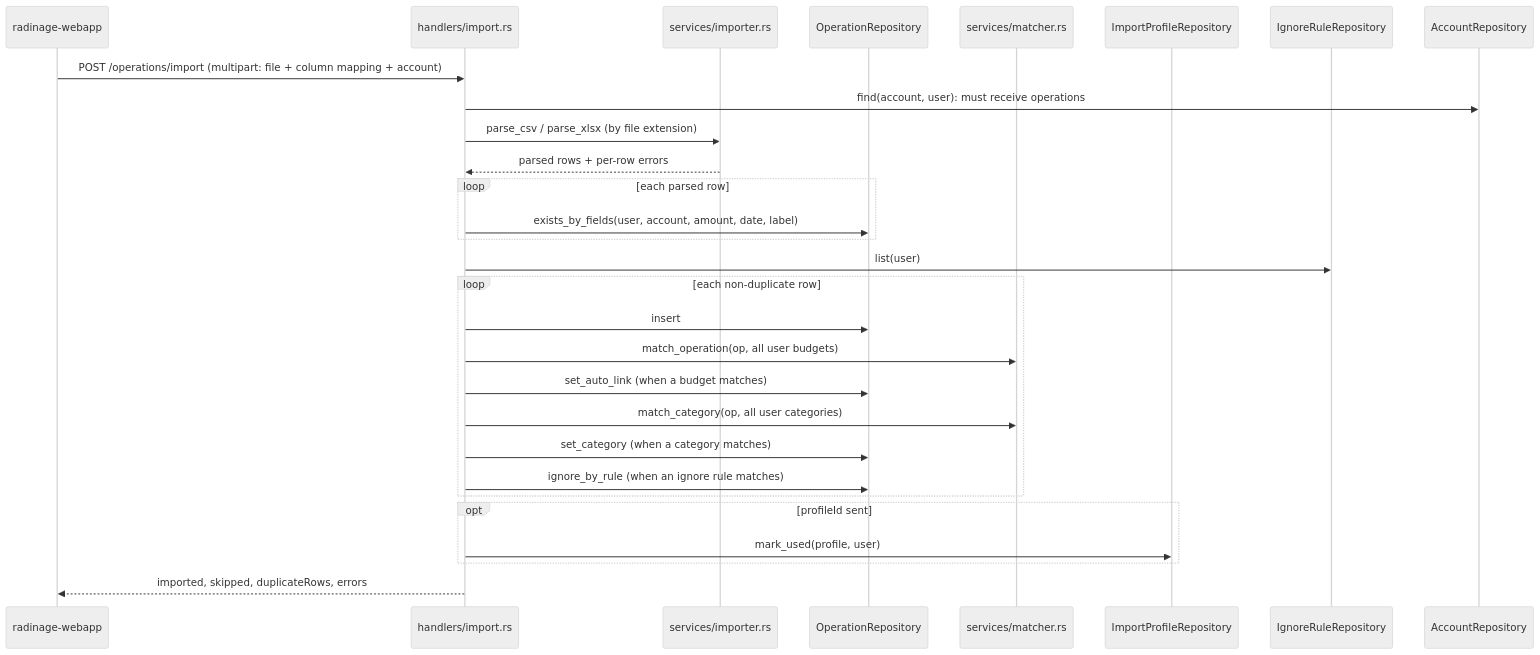
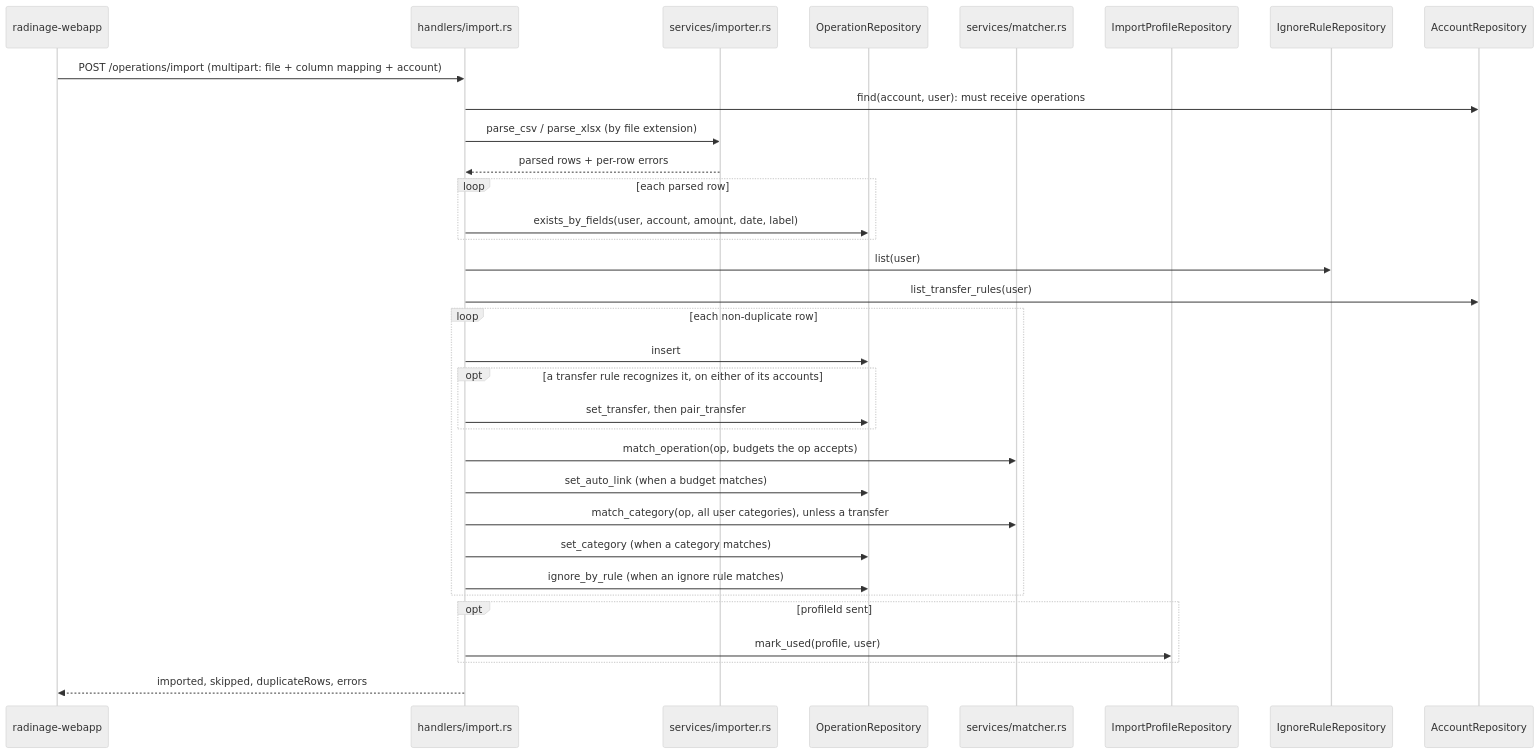
One commit to leroyguillaume/radinage changed the second of 2 diagrams in ARCHITECTURE.md. Above: the diagram before and after it, drawn with Mermaid (neutral theme). The commit also changed other lines of this file and 63 other files, not shown here.

First line of the commit message:
operations: transfers between accounts, with rules (#97)

````diff
--- a/ARCHITECTURE.md
+++ b/ARCHITECTURE.md
@@ -107,31 +109,35 @@
 ```mermaid
 sequenceDiagram
     participant SPA as radinage-webapp
     participant H as handlers/import.rs
     participant I as services/importer.rs
     participant R as OperationRepository
     participant M as services/matcher.rs
     participant P as ImportProfileRepository
     participant G as IgnoreRuleRepository
     participant A as AccountRepository
     SPA->>H: POST /operations/import (multipart: file + column mapping + account)
     H->>A: find(account, user): must receive operations
     H->>I: parse_csv / parse_xlsx (by file extension)
     I-->>H: parsed rows + per-row errors
     loop each parsed row
         H->>R: exists_by_fields(user, account, amount, date, label)
     end
     H->>G: list(user)
+    H->>A: list_transfer_rules(user)
     loop each non-duplicate row
         H->>R: insert
-        H->>M: match_operation(op, all user budgets)
+        opt a transfer rule recognizes it, on either of its accounts
+            H->>R: set_transfer, then pair_transfer
+        end
+        H->>M: match_operation(op, budgets the op accepts)
         H->>R: set_auto_link (when a budget matches)
-        H->>M: match_category(op, all user categories)
+        H->>M: match_category(op, all user categories), unless a transfer
         H->>R: set_category (when a category matches)
         H->>R: ignore_by_rule (when an ignore rule matches)
     end
     opt profileId sent
         H->>P: mark_used(profile, user)
     end
     H-->>SPA: imported, skipped, duplicateRows, errors
 ```
````
